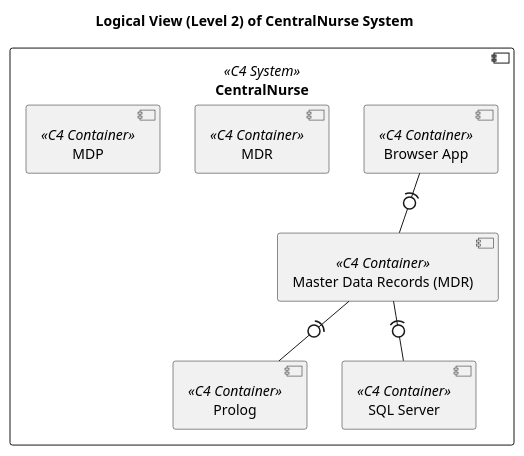
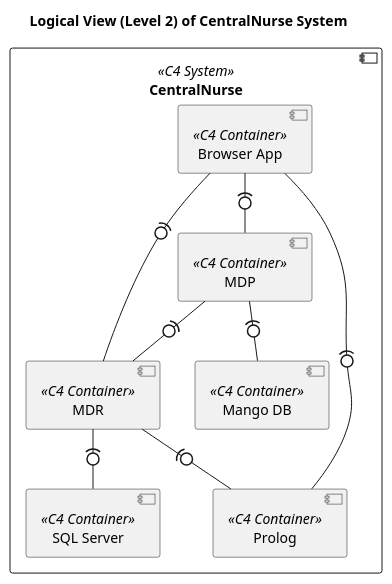
The diagram in Docs/SprintA/global_artifacts/level2/logicalView2.0.puml (Saquinho74/LAPR5), drawn with PlantUML before and after one commit. The commit also changed 1 other file, not shown here.

```diff
--- a/Docs/SprintA/global_artifacts/level2/logicalView2.0.puml
+++ b/Docs/SprintA/global_artifacts/level2/logicalView2.0.puml
@@ -1,22 +1,26 @@
 @startuml
 'https://plantuml.com/component-diagram
 
 title "Logical View (Level 2) of CentralNurse System"
 
 component CentralNurse<<C4 System>>{
     component "Browser App" <<C4 Container>> as front
-    component "Master Data Records (MDR)" <<C4 Container>> as mdr
-    component "MDR" <<C4 Container>> as mdrdb
+    component "Mango DB" <<C4 Container>> as mango
+    component "MDR" <<C4 Container>> as mdr
     component "MDP" <<C4 Container>> as mdp
     component "Prolog" <<C4 Container>> as prolog
     component "SQL Server" <<C4 Container>> as sqlserver
 
      mdr -(0- sqlserver
      mdr -(0- prolog
      front -(0-  mdr
-     
+     front -(0-  mdp
+
+     mdp -(0-  mango
+     mdp -(0-  mdr
+     front -(0-  prolog
      
 
 }
 
 @enduml
```
